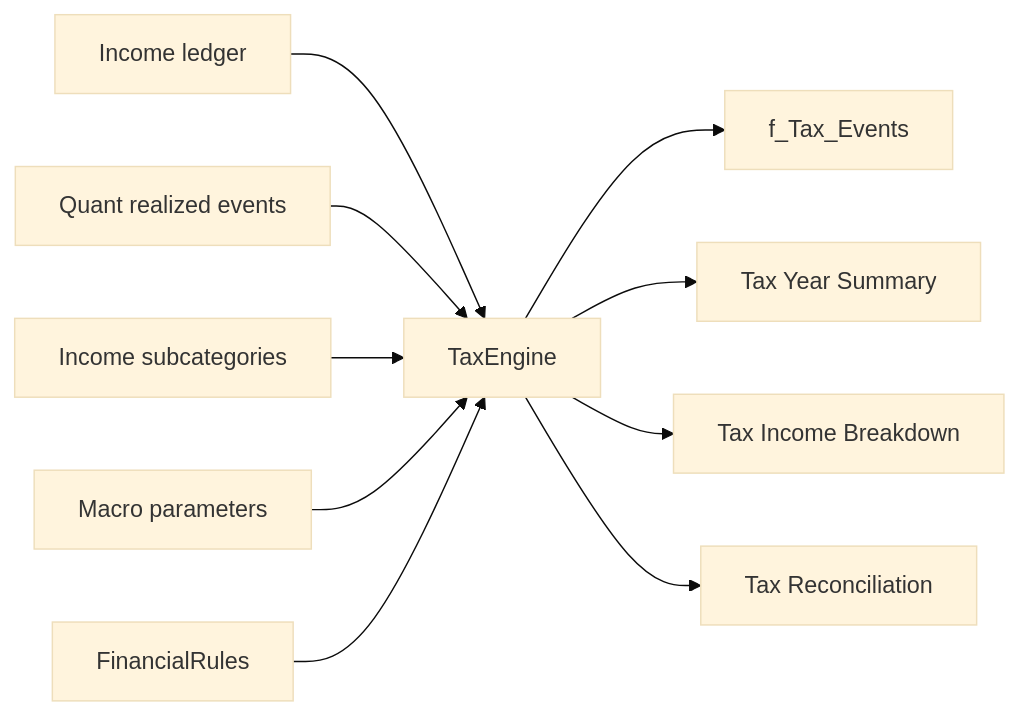
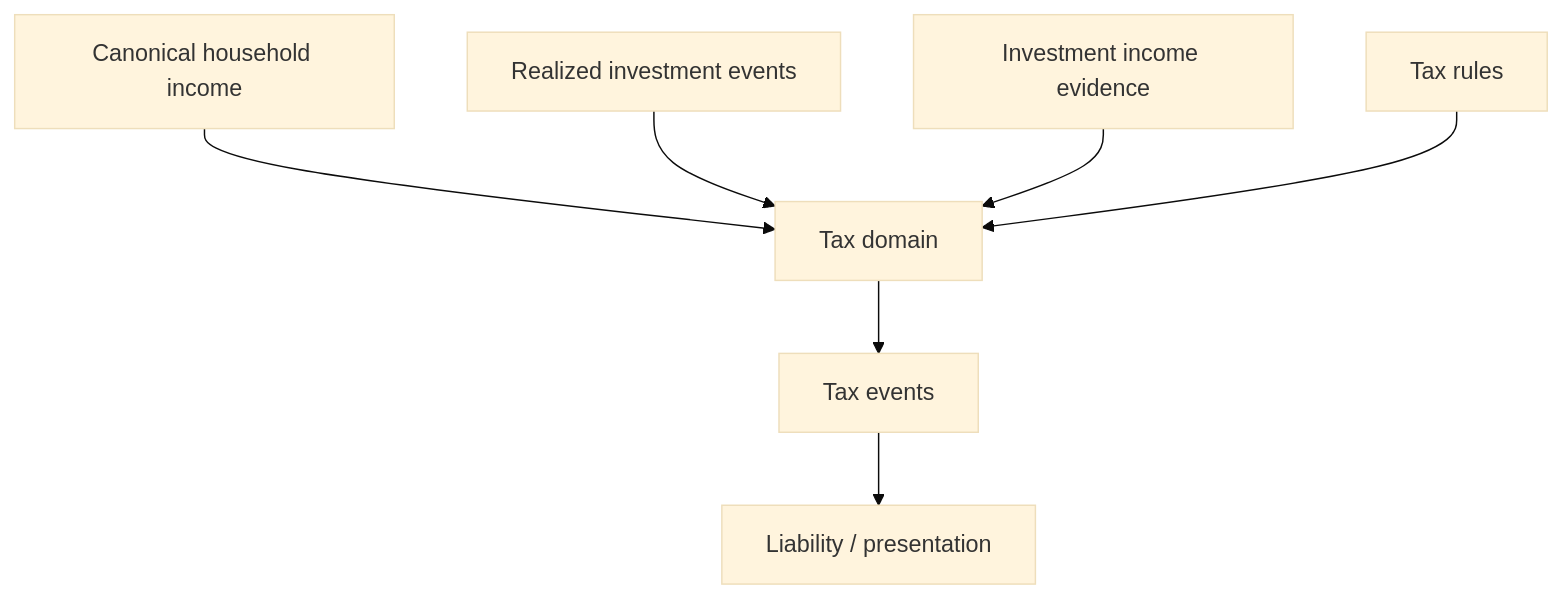
One commit to tks18/personal-finance-etl changed the ninth of 11 diagrams in docs/architecture/data-lifecycle.md. Above: the diagram before and after it, drawn with Mermaid (base theme). The commit also changed other lines of this file and 10 other files, not shown here.

Commit message:
docs: update docs/architecture for latest version

````diff
--- a/docs/architecture/data-lifecycle.md
+++ b/docs/architecture/data-lifecycle.md
@@ -363,12 +444,9 @@
 ```mermaid
-flowchart LR
-    LEDGER[Income ledger] --> TAX[TaxEngine]
-    REAL[Quant realized events] --> TAX
-    SUB[Income subcategories] --> TAX
-    MAC[Macro parameters] --> TAX
-    RULES[FinancialRules] --> TAX
-    TAX --> EVT[f_Tax_Events]
-    TAX --> Y[Tax Year Summary]
-    TAX --> B[Tax Income Breakdown]
-    TAX --> R[Tax Reconciliation]
+flowchart TD
+    HI[Canonical household income] --> T[Tax domain]
+    RE[Realized investment events] --> T
+    IR[Investment income evidence] --> T
+    RULES[Tax rules] --> T
+    T --> EVT[Tax events]
+    EVT --> EST[Liability / presentation]
 ```
````
